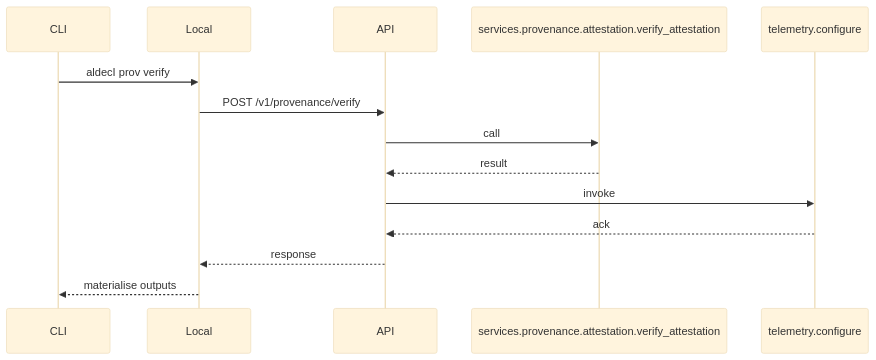
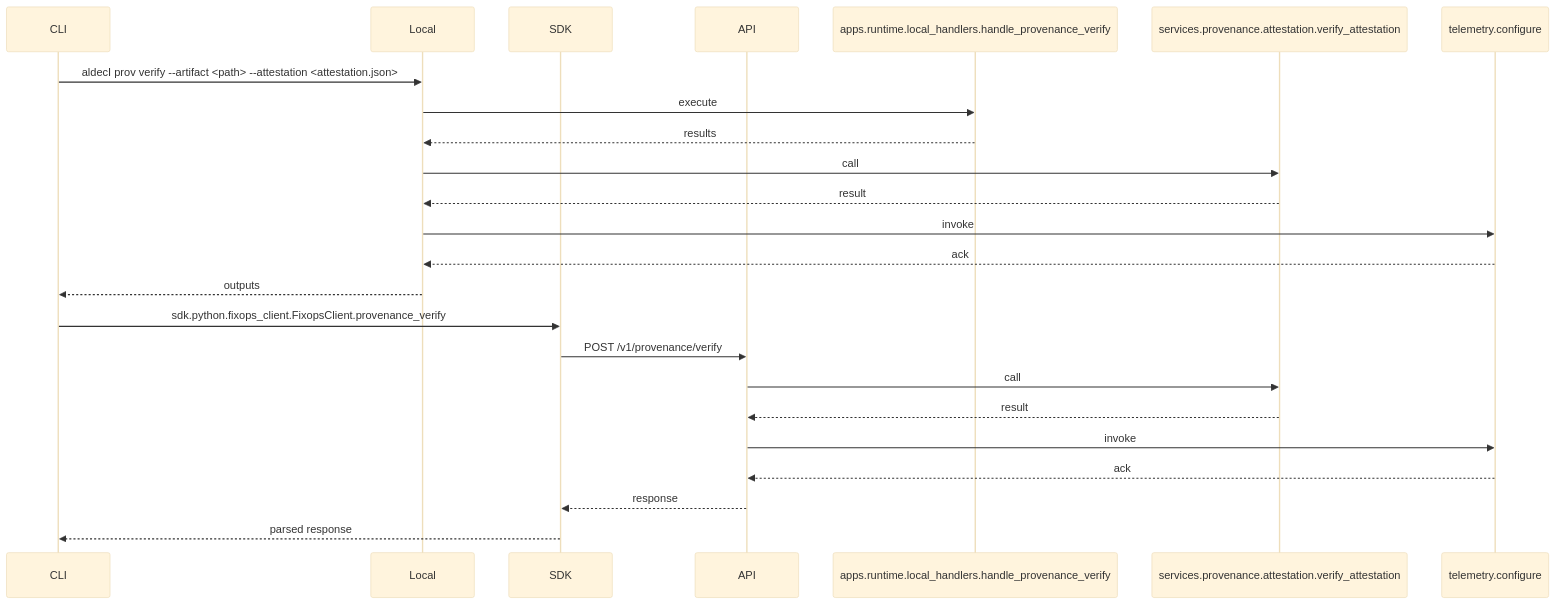
One commit to DevOpsMadDog/Aldeci changed the diagram in docs/diagrams/seq_provenance_verify.mmd. Above: the diagram before and after it, drawn with Mermaid (base theme). The commit also changed 52 other files, not shown here.

```diff
--- a/docs/diagrams/seq_provenance_verify.mmd
+++ b/docs/diagrams/seq_provenance_verify.mmd
@@ -1,14 +1,24 @@
 sequenceDiagram
     participant CLI
     participant Local
+    participant SDK
     participant API
-    CLI->>Local: aldecI prov verify
-    Local->>API: POST /v1/provenance/verify
-    participant S189696 as services.provenance.attestation.verify_attestation
-    API->>S189696: call
-    S189696-->>API: result
-    participant I870404 as telemetry.configure
-    API->>I870404: invoke
-    I870404-->>API: ack
-    API-->>Local: response
-    Local-->>CLI: materialise outputs
+    participant L425284 as apps.runtime.local_handlers.handle_provenance_verify
+    participant S890103 as services.provenance.attestation.verify_attestation
+    participant I828115 as telemetry.configure
+    CLI->>Local: aldecI prov verify --artifact <path> --attestation <attestation.json>
+    Local->>L425284: execute
+    L425284-->>Local: results
+    Local->>S890103: call
+    S890103-->>Local: result
+    Local->>I828115: invoke
+    I828115-->>Local: ack
+    Local-->>CLI: outputs
+    CLI->>SDK: sdk.python.fixops_client.FixopsClient.provenance_verify
+    SDK->>API: POST /v1/provenance/verify
+    API->>S890103: call
+    S890103-->>API: result
+    API->>I828115: invoke
+    I828115-->>API: ack
+    API-->>SDK: response
+    SDK-->>CLI: parsed response
```
